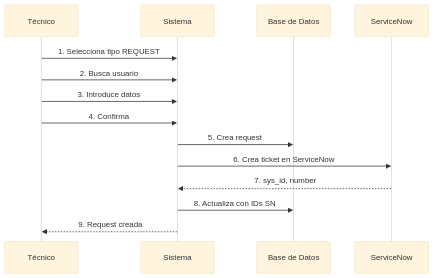
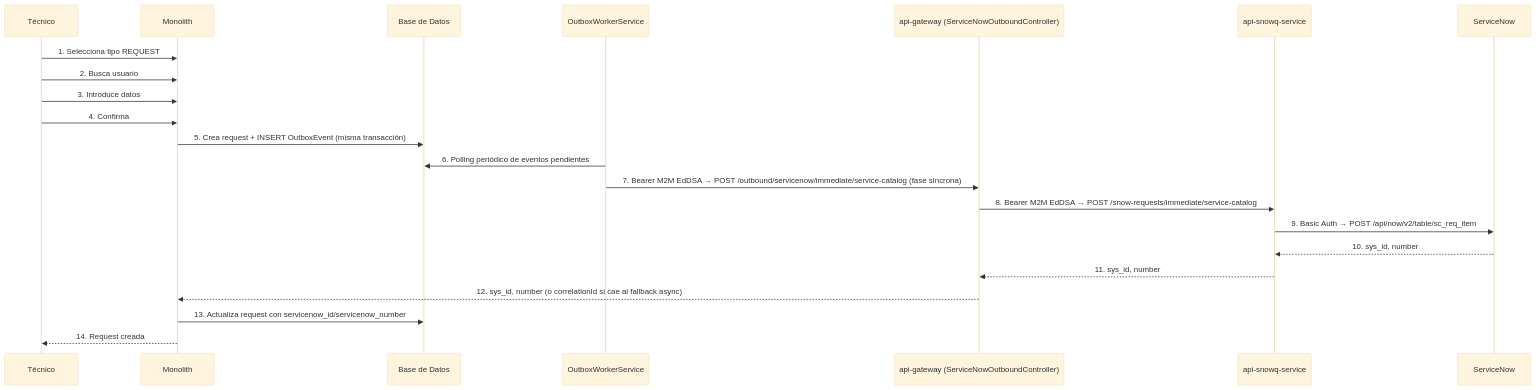
Before and after one commit to maironcuellomartinez/monorepo-service: the fourth of 4 diagrams in monolito-event-corner_v3/docs/documentation.md, drawn with Mermaid (base theme). The commit also changed other lines of this file and 5 other files, not shown here.

First line of the commit message:
docs: corregir documentation.md, abac-guide.md, er-diagram.md, config-strategy.md, seed-data.md, observability.md

````diff
--- a/monolito-event-corner_v3/docs/documentation.md
+++ b/monolito-event-corner_v3/docs/documentation.md
@@ -945,19 +950,28 @@
 ```mermaid
 sequenceDiagram
     participant T as Técnico
-    participant S as Sistema
+    participant S as Monolith
     participant DB as Base de Datos
+    participant OW as OutboxWorkerService
+    participant GW as api-gateway (ServiceNowOutboundController)
+    participant SQ as api-snowq-service
     participant SN as ServiceNow
 
     T->>S: 1. Selecciona tipo REQUEST
     T->>S: 2. Busca usuario
     T->>S: 3. Introduce datos
     T->>S: 4. Confirma
-    
-    S->>DB: 5. Crea request
-    S->>SN: 6. Crea ticket en ServiceNow
-    SN-->>S: 7. sys_id, number
-    S->>DB: 8. Actualiza con IDs SN
-    
-    S-->>T: 9. Request creada
+
+    S->>DB: 5. Crea request + INSERT OutboxEvent (misma transacción)
+
+    OW->>DB: 6. Polling periódico de eventos pendientes
+    OW->>GW: 7. Bearer M2M EdDSA → POST /outbound/servicenow/immediate/service-catalog (fase síncrona)
+    GW->>SQ: 8. Bearer M2M EdDSA → POST /snow-requests/immediate/service-catalog
+    SQ->>SN: 9. Basic Auth → POST /api/now/v2/table/sc_req_item
+    SN-->>SQ: 10. sys_id, number
+    SQ-->>GW: 11. sys_id, number
+    GW-->>S: 12. sys_id, number (o correlationId si cae al fallback async)
+    S->>DB: 13. Actualiza request con servicenow_id/servicenow_number
+
+    S-->>T: 14. Request creada
 ```
````
